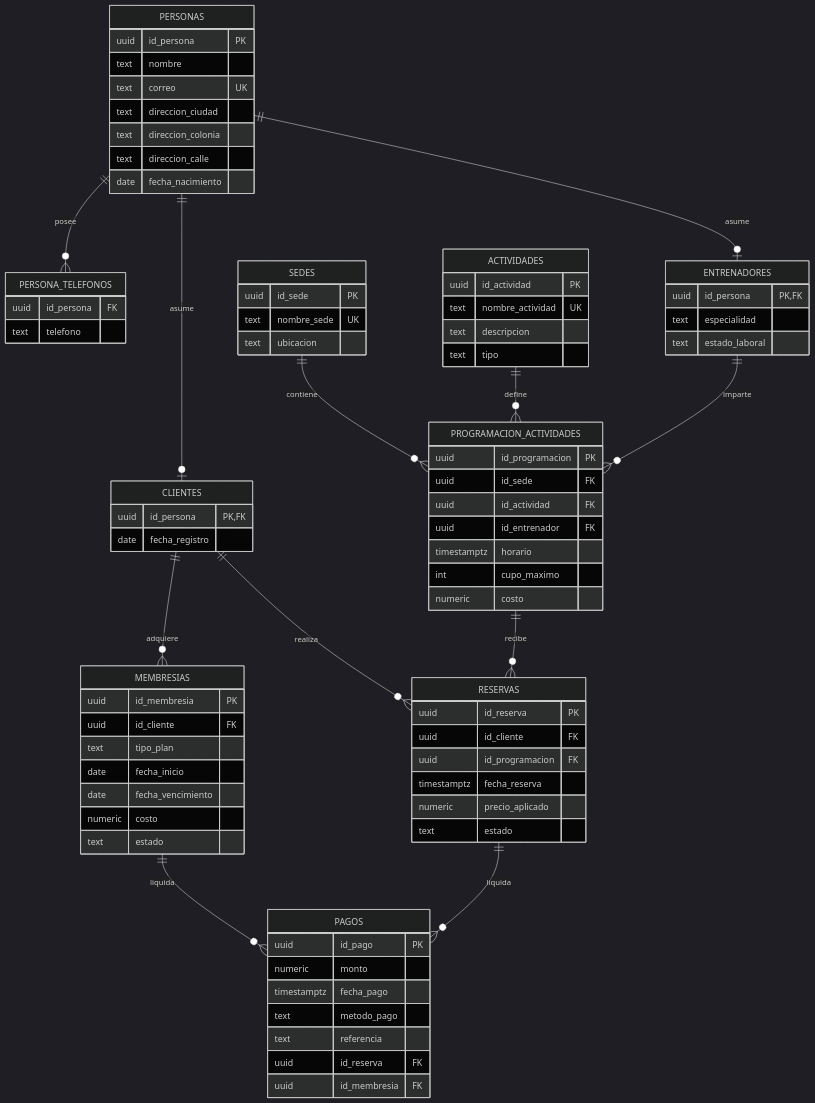
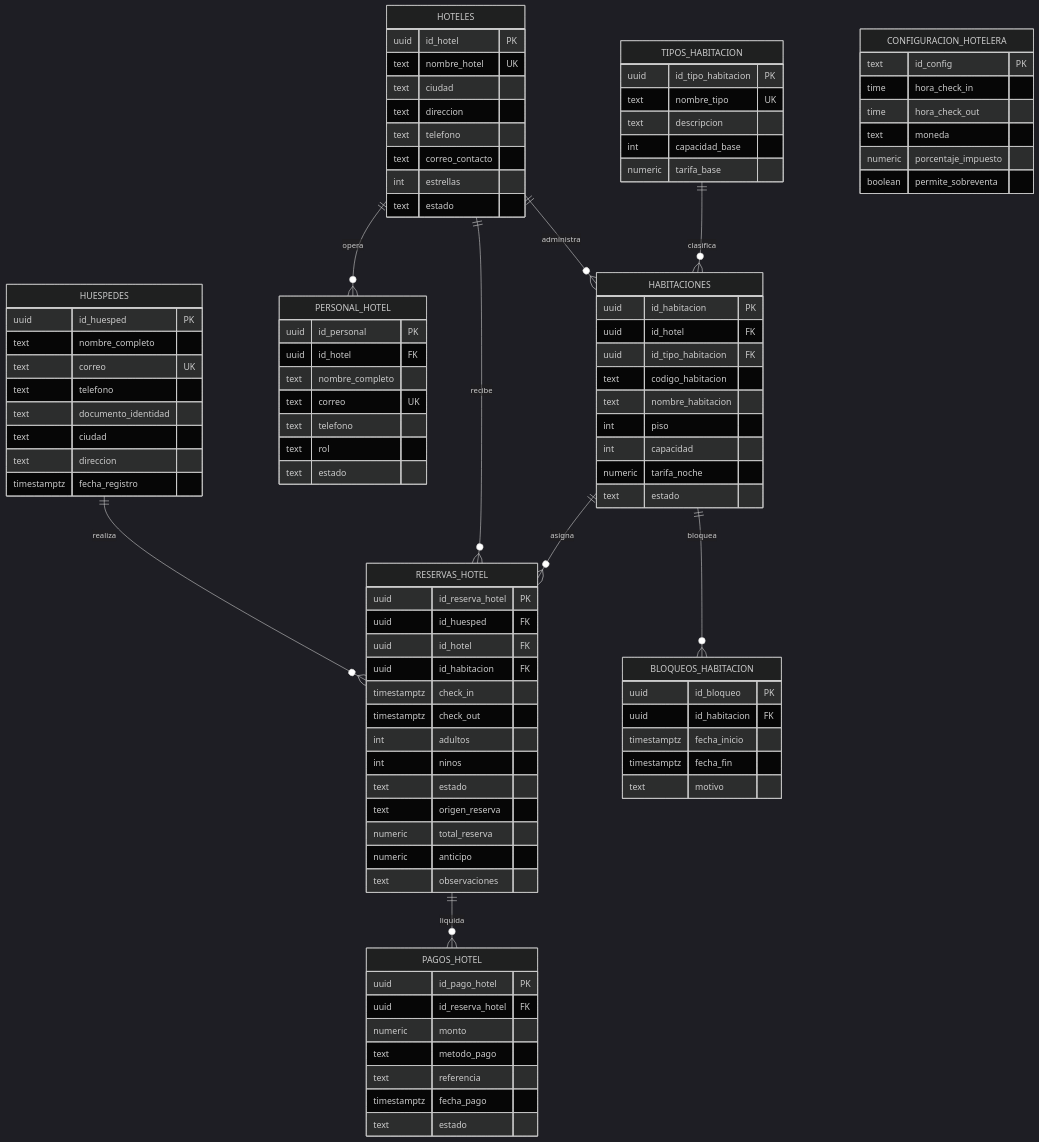
The second of 2 diagrams in docs/fithub-models.md (JosueCoreaF/fithub-web), drawn with Mermaid (dark theme) before and after one commit. The commit also changed other lines of this file and 44 other files, not shown here.

````diff
--- a/docs/fithub-models.md
+++ b/docs/fithub-models.md
@@ -37,92 +33,106 @@
 ```mermaid
 erDiagram
-    PERSONAS ||--o{ PERSONA_TELEFONOS : posee
-    PERSONAS ||--o| CLIENTES : asume
-    PERSONAS ||--o| ENTRENADORES : asume
-    SEDES ||--o{ PROGRAMACION_ACTIVIDADES : contiene
-    ACTIVIDADES ||--o{ PROGRAMACION_ACTIVIDADES : define
-    ENTRENADORES ||--o{ PROGRAMACION_ACTIVIDADES : imparte
-    CLIENTES ||--o{ MEMBRESIAS : adquiere
-    CLIENTES ||--o{ RESERVAS : realiza
-    PROGRAMACION_ACTIVIDADES ||--o{ RESERVAS : recibe
-    RESERVAS ||--o{ PAGOS : liquida
-    MEMBRESIAS ||--o{ PAGOS : liquida
+    HUESPEDES ||--o{ RESERVAS_HOTEL : realiza
+    HOTELES ||--o{ PERSONAL_HOTEL : opera
+    HOTELES ||--o{ HABITACIONES : administra
+    TIPOS_HABITACION ||--o{ HABITACIONES : clasifica
+    HOTELES ||--o{ RESERVAS_HOTEL : recibe
+    HABITACIONES ||--o{ RESERVAS_HOTEL : asigna
+    RESERVAS_HOTEL ||--o{ PAGOS_HOTEL : liquida
+    HABITACIONES ||--o{ BLOQUEOS_HABITACION : bloquea
 
-    PERSONAS {
-      uuid id_persona PK
-      text nombre
+    HUESPEDES {
+      uuid id_huesped PK
+      text nombre_completo
       text correo UK
-      text direccion_ciudad
-      text direccion_colonia
-      text direccion_calle
-      date fecha_nacimiento
+      text telefono
+      text documento_identidad
+      text ciudad
+      text direccion
+      timestamptz fecha_registro
     }
 
-    PERSONA_TELEFONOS {
-      uuid id_persona FK
+    HOTELES {
+      uuid id_hotel PK
+      text nombre_hotel UK
+      text ciudad
+      text direccion
       text telefono
-    }
-
-    CLIENTES {
-      uuid id_persona PK,FK
-      date fecha_registro
-    }
-
-    ENTRENADORES {
-      uuid id_persona PK,FK
-      text especialidad
-      text estado_laboral
-    }
-
-    SEDES {
-      uuid id_sede PK
-      text nombre_sede UK
-      text ubicacion
-    }
-
-    ACTIVIDADES {
-      uuid id_actividad PK
-      text nombre_actividad UK
-      text descripcion
-      text tipo
-    }
-
-    PROGRAMACION_ACTIVIDADES {
-      uuid id_programacion PK
-      uuid id_sede FK
-      uuid id_actividad FK
-      uuid id_entrenador FK
-      timestamptz horario
-      int cupo_maximo
-      numeric costo
-    }
-
-    MEMBRESIAS {
-      uuid id_membresia PK
-      uuid id_cliente FK
-      text tipo_plan
-      date fecha_inicio
-      date fecha_vencimiento
-      numeric costo
+      text correo_contacto
+      int estrellas
       text estado
     }
 
-    RESERVAS {
-      uuid id_reserva PK
-      uuid id_cliente FK
-      uuid id_programacion FK
-      timestamptz fecha_reserva
-      numeric precio_aplicado
+    PERSONAL_HOTEL {
+      uuid id_personal PK
+      uuid id_hotel FK
+      text nombre_completo
+      text correo UK
+      text telefono
+      text rol
       text estado
     }
 
-    PAGOS {
-      uuid id_pago PK
+    TIPOS_HABITACION {
+      uuid id_tipo_habitacion PK
+      text nombre_tipo UK
+      text descripcion
+      int capacidad_base
+      numeric tarifa_base
+    }
+
+    HABITACIONES {
+      uuid id_habitacion PK
+      uuid id_hotel FK
+      uuid id_tipo_habitacion FK
+      text codigo_habitacion
+      text nombre_habitacion
+      int piso
+      int capacidad
+      numeric tarifa_noche
+      text estado
+    }
+
+    RESERVAS_HOTEL {
+      uuid id_reserva_hotel PK
+      uuid id_huesped FK
+      uuid id_hotel FK
+      uuid id_habitacion FK
+      timestamptz check_in
+      timestamptz check_out
+      int adultos
+      int ninos
+      text estado
+      text origen_reserva
+      numeric total_reserva
+      numeric anticipo
+      text observaciones
+    }
+
+    PAGOS_HOTEL {
+      uuid id_pago_hotel PK
+      uuid id_reserva_hotel FK
       numeric monto
-      timestamptz fecha_pago
       text metodo_pago
       text referencia
-      uuid id_reserva FK
-      uuid id_membresia FK
+      timestamptz fecha_pago
+      text estado
+    }
+
+    BLOQUEOS_HABITACION {
+      uuid id_bloqueo PK
+      uuid id_habitacion FK
+      timestamptz fecha_inicio
+      timestamptz fecha_fin
+      text motivo
+    }
+
+    CONFIGURACION_HOTELERA {
+      text id_config PK
+      time hora_check_in
+      time hora_check_out
+      text moneda
+      numeric porcentaje_impuesto
+      boolean permite_sobreventa
     }
 ```
````
